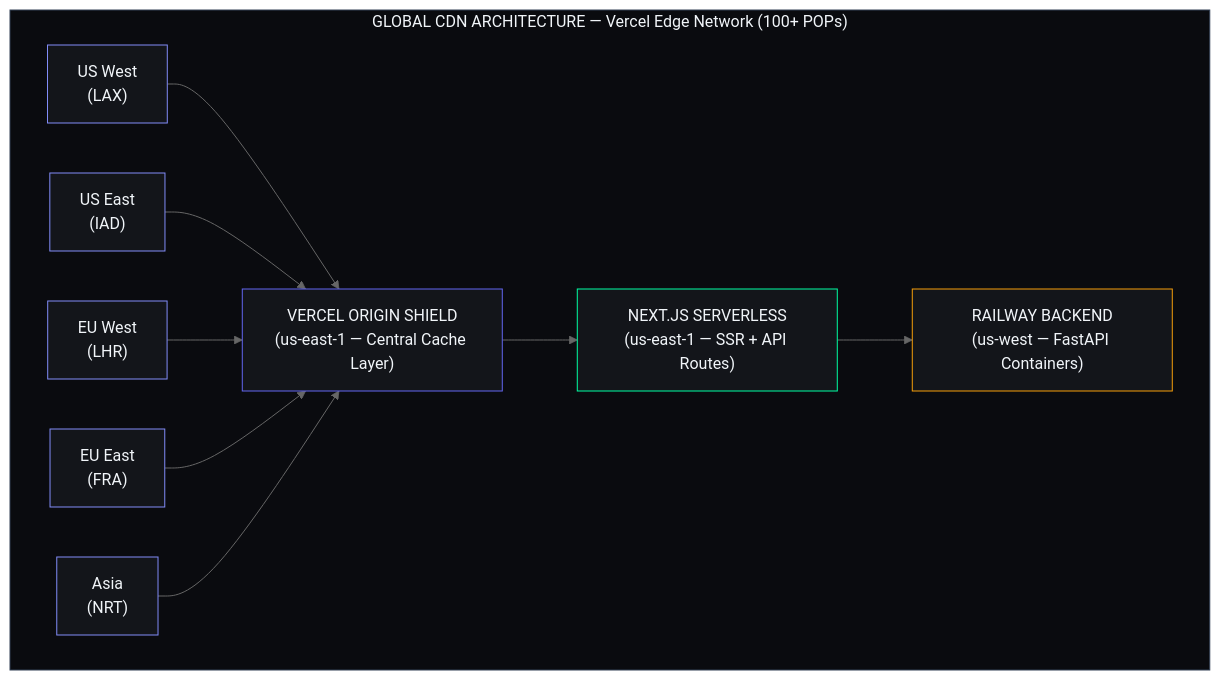
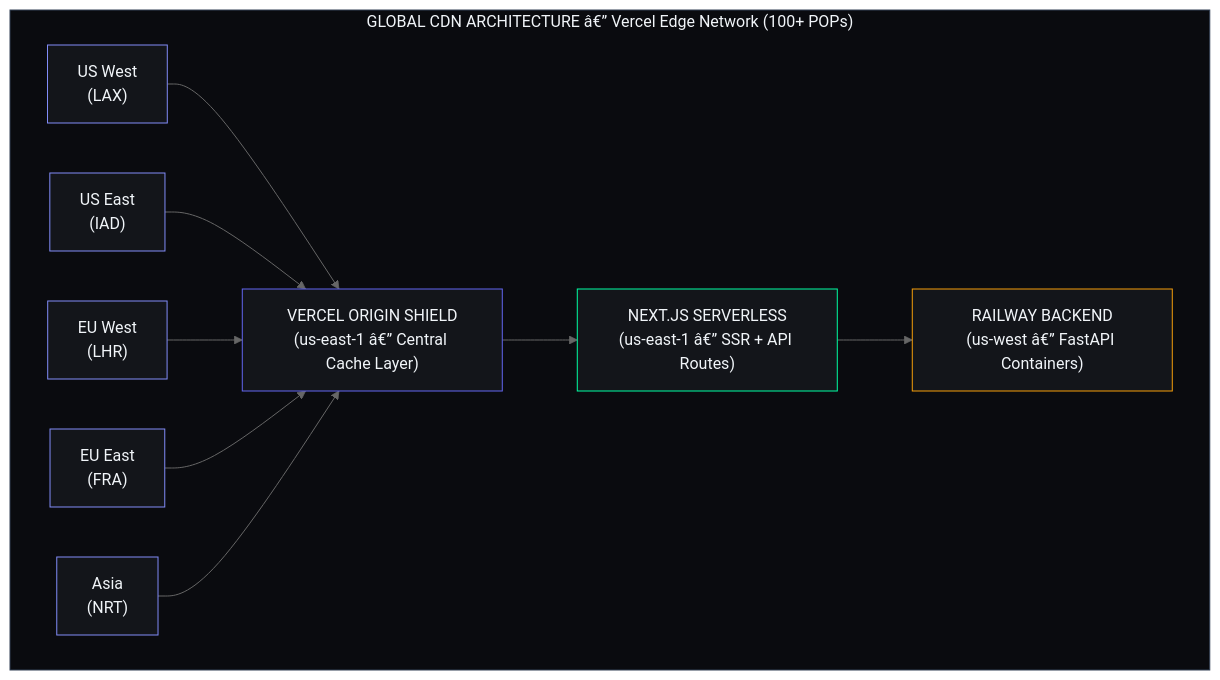
The first of 4 diagrams in docs/devops/CDNStrategy.md (rohitkumarnaidu/ARIA-OS---SecondBrain-), drawn with Mermaid (neutral theme) before and after one commit. The commit also changed other lines of this file and 9 other files, not shown here.

````diff
--- a/docs/devops/CDNStrategy.md
+++ b/docs/devops/CDNStrategy.md
@@ -32,31 +32,31 @@
 ```mermaid
 graph TD
-    subgraph CDN["GLOBAL CDN ARCHITECTURE — Vercel Edge Network (100+ POPs)"]
+    subgraph CDN["GLOBAL CDN ARCHITECTURE â€” Vercel Edge Network (100+ POPs)"]
         USWest["US West<br/>(LAX)"]
         USEast["US East<br/>(IAD)"]
         EUWest["EU West<br/>(LHR)"]
         EUEast["EU East<br/>(FRA)"]
         Asia["Asia<br/>(NRT)"]
-        OriginShield["VERCEL ORIGIN SHIELD<br/>(us-east-1 — Central Cache Layer)"]
-        NextJS["NEXT.JS SERVERLESS<br/>(us-east-1 — SSR + API Routes)"]
-        Railway["RAILWAY BACKEND<br/>(us-west — FastAPI Containers)"]
+        OriginShield["VERCEL ORIGIN SHIELD<br/>(us-east-1 â€” Central Cache Layer)"]
+        NextJS["NEXT.JS SERVERLESS<br/>(us-east-1 â€” SSR + API Routes)"]
+        Railway["RAILWAY BACKEND<br/>(us-west â€” FastAPI Containers)"]
     end
 
     USWest --> OriginShield
     USEast --> OriginShield
     EUWest --> OriginShield
     EUEast --> OriginShield
     Asia --> OriginShield
     OriginShield --> NextJS
     NextJS --> Railway
 
     style CDN fill:#0A0B0F,stroke:#334155,color:#F1F5F9
     style USWest fill:#13151A,stroke:#818CF8,color:#F1F5F9
     style USEast fill:#13151A,stroke:#818CF8,color:#F1F5F9
     style EUWest fill:#13151A,stroke:#818CF8,color:#F1F5F9
     style EUEast fill:#13151A,stroke:#818CF8,color:#F1F5F9
     style Asia fill:#13151A,stroke:#818CF8,color:#F1F5F9
     style OriginShield fill:#13151A,stroke:#6366F1,color:#F1F5F9
     style NextJS fill:#13151A,stroke:#00FFA3,color:#F1F5F9
     style Railway fill:#13151A,stroke:#F59E0B,color:#F1F5F9
 ```
````
